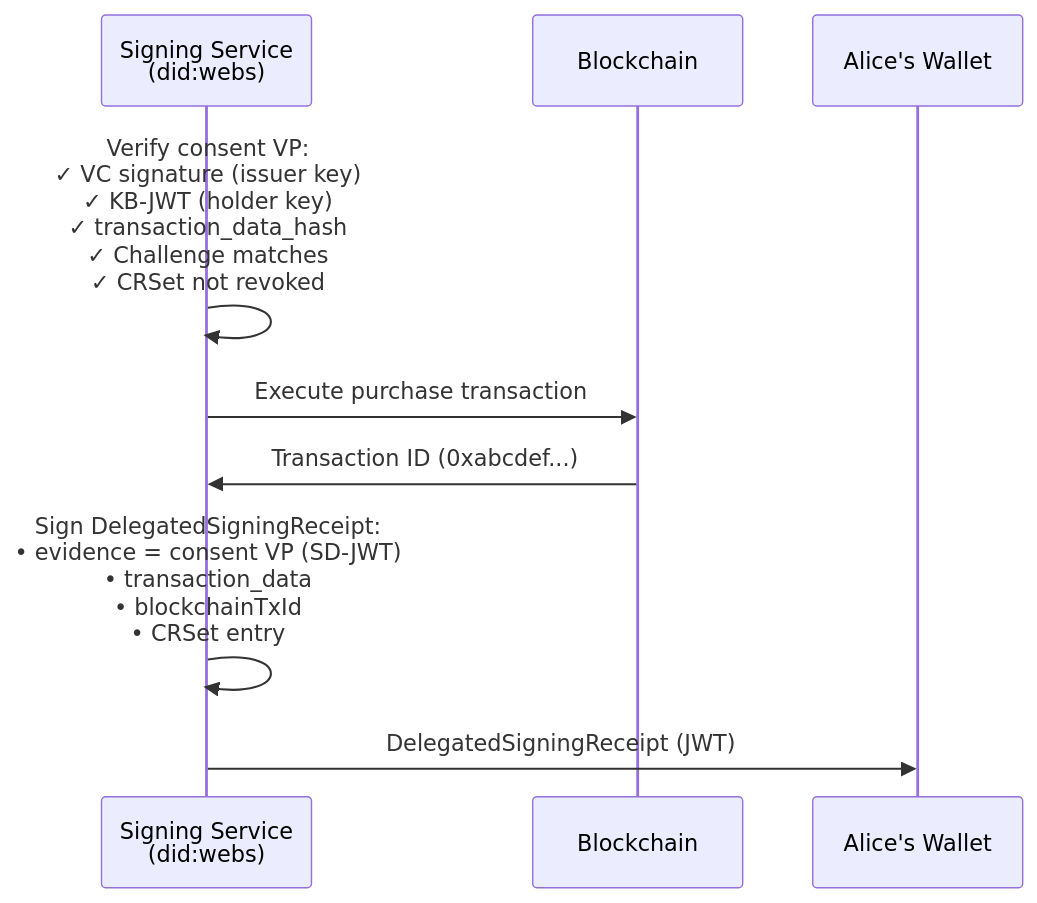
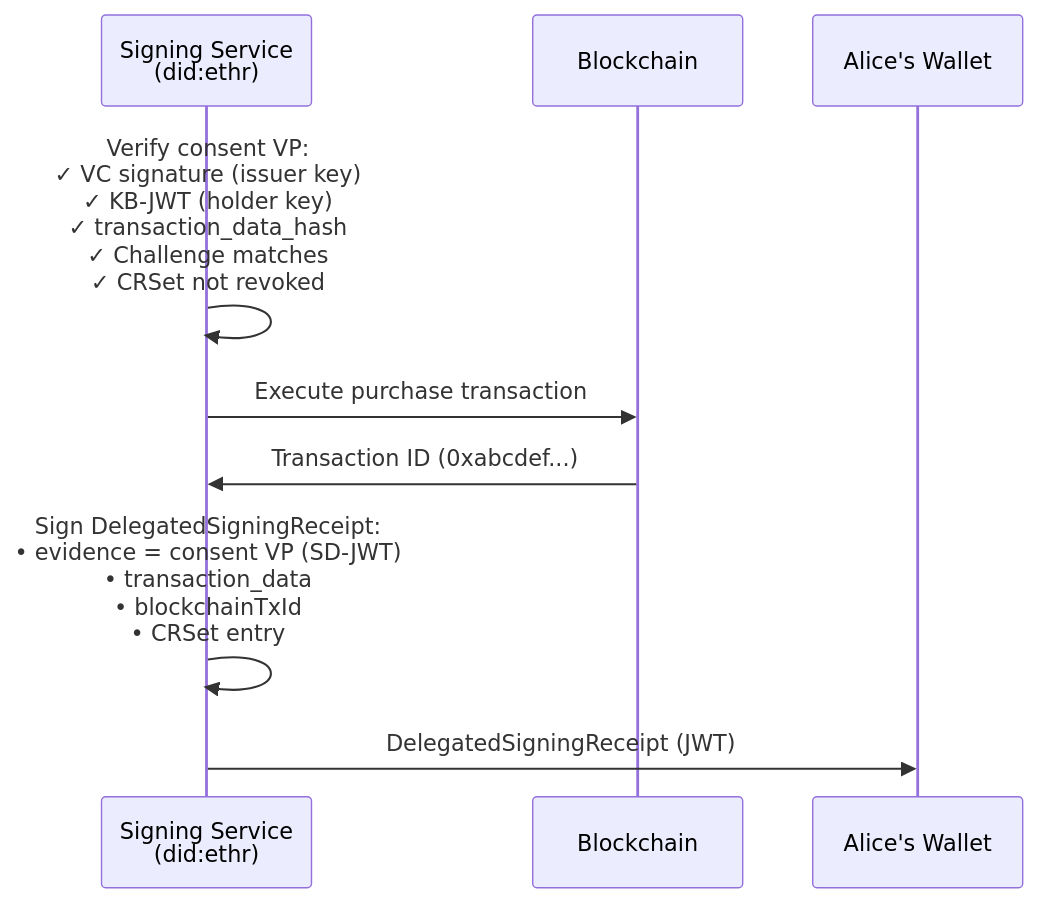
One commit to reachhaven/harbour-credentials changed the fifth of 5 diagrams in examples/README.md. Above: the diagram before and after it, drawn with Mermaid. The commit also changed other lines of this file and 53 other files, not shown here.

First line of the commit message:
feat: migrate DID method from did:web to did:ethr

````diff
--- a/examples/README.md
+++ b/examples/README.md
@@ -311,12 +311,12 @@
 ```mermaid
 sequenceDiagram
-    participant SS as Signing Service<br/>(did:webs)
+    participant SS as Signing Service<br/>(did:ethr)
     participant BC as Blockchain
     participant A as Alice's Wallet
 
     SS->>SS: Verify consent VP:<br/>✓ VC signature (issuer key)<br/>✓ KB-JWT (holder key)<br/>✓ transaction_data_hash<br/>✓ Challenge matches<br/>✓ CRSet not revoked
     SS->>BC: Execute purchase transaction
     BC->>SS: Transaction ID (0xabcdef...)
     SS->>SS: Sign DelegatedSigningReceipt:<br/>• evidence = consent VP (SD-JWT)<br/>• transaction_data<br/>• blockchainTxId<br/>• CRSet entry
     SS->>A: DelegatedSigningReceipt (JWT)
 ```
````
